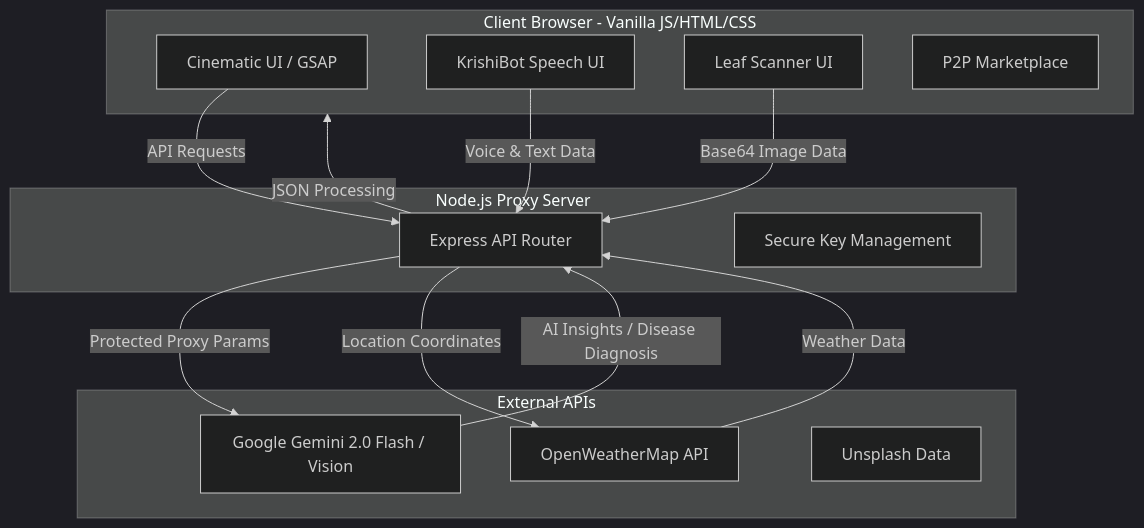
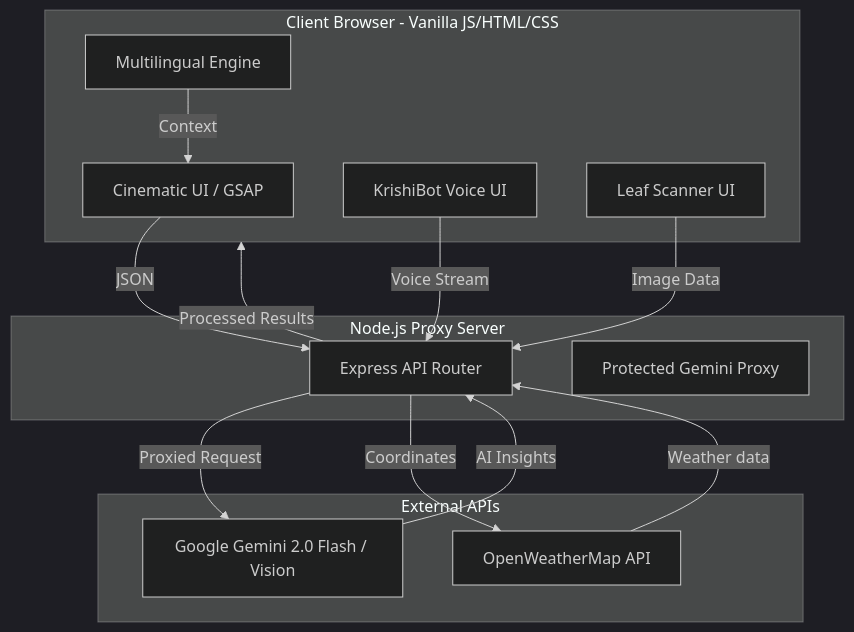
One commit to Souvik-Dey-2029/BharatFarm_Final-Version changed the diagram in README.md. Above: the diagram before and after it, drawn with Mermaid (dark theme). The commit also changed other lines of this file and 3 other files, not shown here.

````diff
--- a/README.md
+++ b/README.md
@@ -47,35 +63,35 @@
 ```mermaid
 graph TD
     %% Frontend Layer
     subgraph Frontend [Client Browser - Vanilla JS/HTML/CSS]
         UI[Cinematic UI / GSAP]
-        Chat[KrishiBot Speech UI]
+        Lang[Multilingual Engine]
+        Chat[KrishiBot Voice UI]
         Scan[Leaf Scanner UI]
-        Market[P2P Marketplace]
     end
 
     %% Backend Layer
     subgraph Backend [Node.js Proxy Server]
         API[Express API Router]
-        Auth[Secure Key Management]
+        Secure[Protected Gemini Proxy]
     end
 
     %% External AI & Services
     subgraph Services [External APIs]
         Gemini[Google Gemini 2.0 Flash / Vision]
         Weather[OpenWeatherMap API]
-        Images[Unsplash Data]
     end
 
     %% Data Flow
-    UI -->|API Requests| API
-    Chat -->|Voice & Text Data| API
-    Scan -->|Base64 Image Data| API
+    UI -->|JSON| API
+    Lang -->|Context| UI
+    Chat -->|Voice Stream| API
+    Scan -->|Image Data| API
     
-    API -->|Protected Proxy Params| Gemini
-    API -->|Location Coordinates| Weather
+    API -->|Proxied Request| Gemini
+    API -->|Coordinates| Weather
     
-    Gemini -->|AI Insights / Disease Diagnosis| API
-    Weather -->|Weather Data| API
-    API -->|JSON Processing| Frontend
+    Gemini -->|AI Insights| API
+    Weather -->|Weather data| API
+    API -->|Processed Results| Frontend
 ```
````
